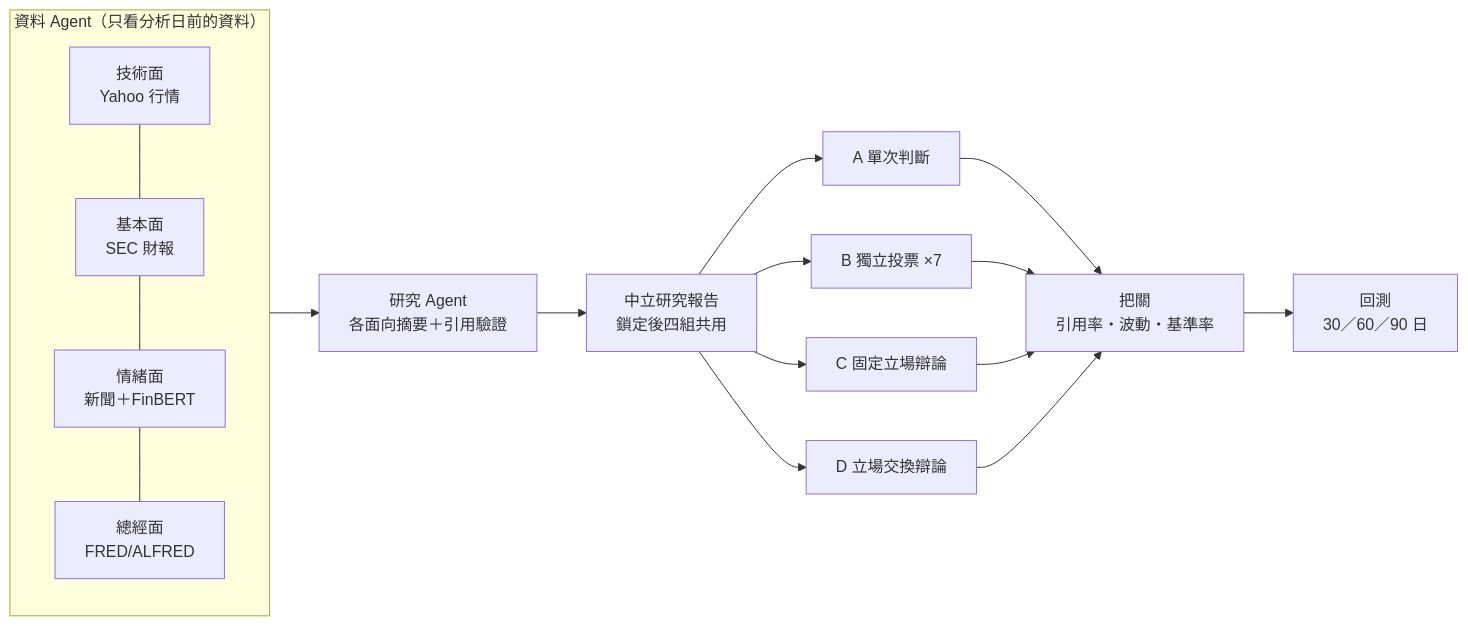
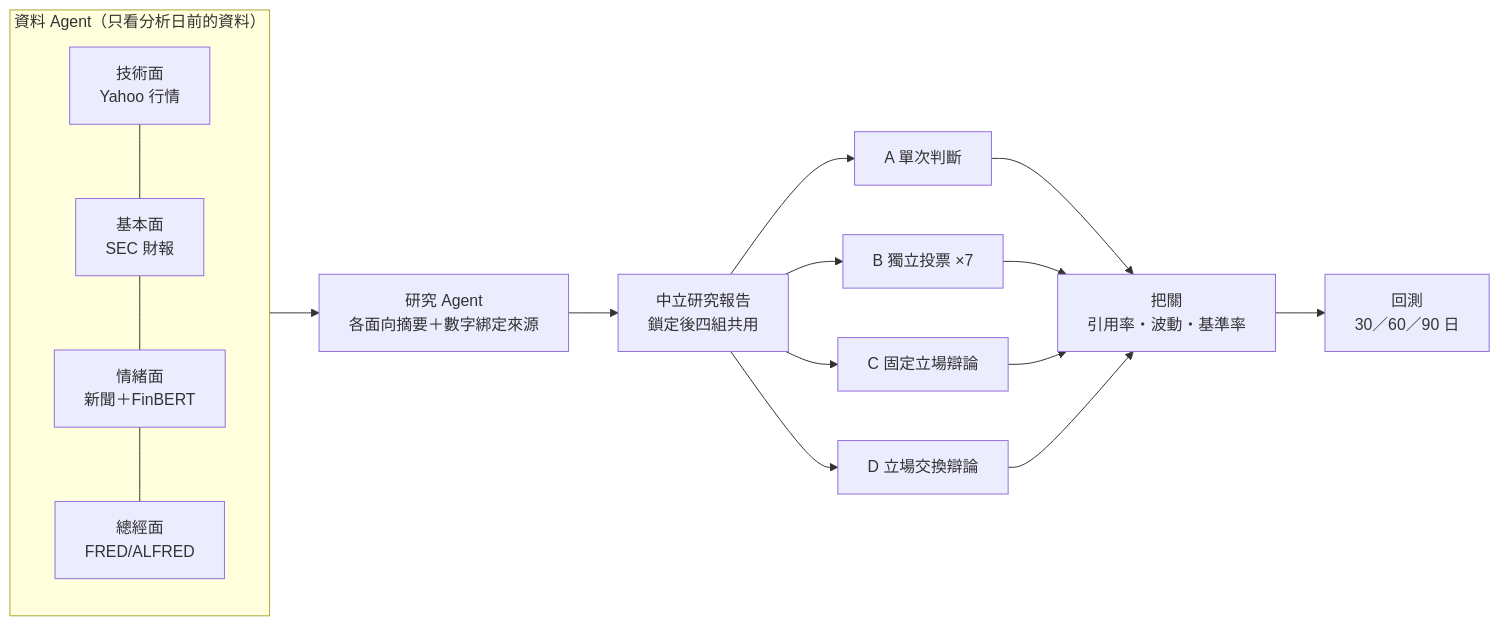
Before and after one commit to paul931130/stance-shift-lab: the diagram in README.md, drawn with Mermaid. The commit also changed other lines of this file and 9 other files, not shown here.

````diff
--- a/README.md
+++ b/README.md
@@ -31,15 +30,15 @@
 ```mermaid
 flowchart LR
     subgraph DATA["資料 Agent（只看分析日前的資料）"]
         T[技術面<br>Yahoo 行情] --- F[基本面<br>SEC 財報]
         F --- S[情緒面<br>新聞＋FinBERT] --- M[總經面<br>FRED/ALFRED]
     end
-    DATA --> R[研究 Agent<br>各面向摘要＋引用驗證]
+    DATA --> R[研究 Agent<br>各面向摘要＋數字綁定來源]
     R --> N[中立研究報告<br>鎖定後四組共用]
     N --> A[A 單次判斷]
     N --> B[B 獨立投票 ×7]
     N --> C[C 固定立場辯論]
     N --> D[D 立場交換辯論]
     A & B & C & D --> G[把關<br>引用率・波動・基準率]
     G --> BT[回測<br>30／60／90 日]
 ```
````
